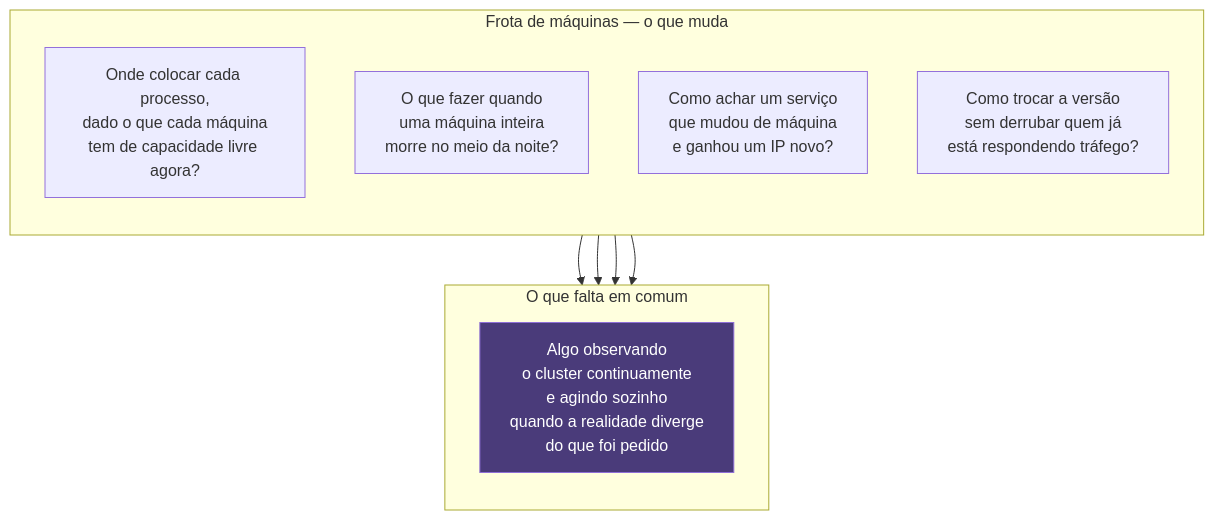
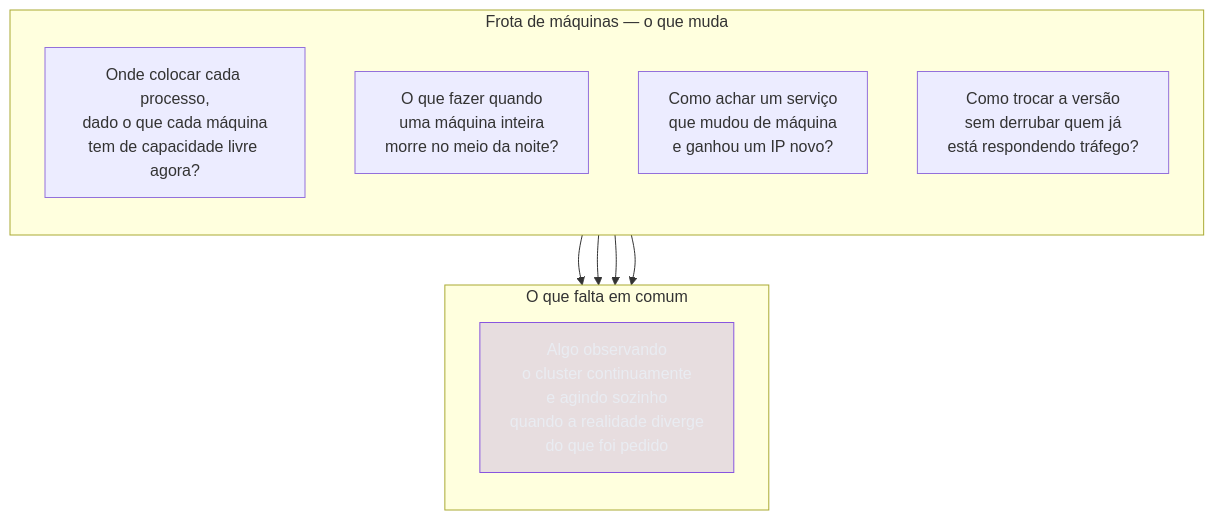
The second of 4 diagrams in 03-Dominios/Tecnologia/Infraestrutura/Kubernetes/01 - O problema que orquestração resolve.md (josenaldo/codex-technomanticus), drawn with Mermaid before and after one commit. The commit also changed other lines of this file and 1181 other files, not shown here.

First line of the commit message:
fix(diagramas): paleta do sistema no lugar de cor cravada no markdown

````diff
--- a/03-Dominios/Tecnologia/Infraestrutura/Kubernetes/01 - O problema que orquestração resolve.md
+++ b/03-Dominios/Tecnologia/Infraestrutura/Kubernetes/01 - O problema que orquestração resolve.md
@@ -105,22 +105,23 @@
 ```mermaid
 flowchart TB
+    classDef marca fill:#8855DF33,stroke:#8855DF,color:#E9ECF2
     subgraph Problema["Frota de máquinas — o que muda"]
         direction TB
         P1["Onde colocar cada processo,<br/>dado o que cada máquina<br/>tem de capacidade livre agora?"]
         P2["O que fazer quando<br/>uma máquina inteira<br/>morre no meio da noite?"]
         P3["Como achar um serviço<br/>que mudou de máquina<br/>e ganhou um IP novo?"]
         P4["Como trocar a versão<br/>sem derrubar quem já<br/>está respondendo tráfego?"]
     end
 
     subgraph Falta["O que falta em comum"]
         direction TB
         F["Algo observando<br/>o cluster continuamente<br/>e agindo sozinho<br/>quando a realidade diverge<br/>do que foi pedido"]
     end
 
     P1 --> F
     P2 --> F
     P3 --> F
     P4 --> F
 
-    style F fill:#4a3b7a,stroke:#8e6fd6,color:#fff
+    class F marca
 ```
````
